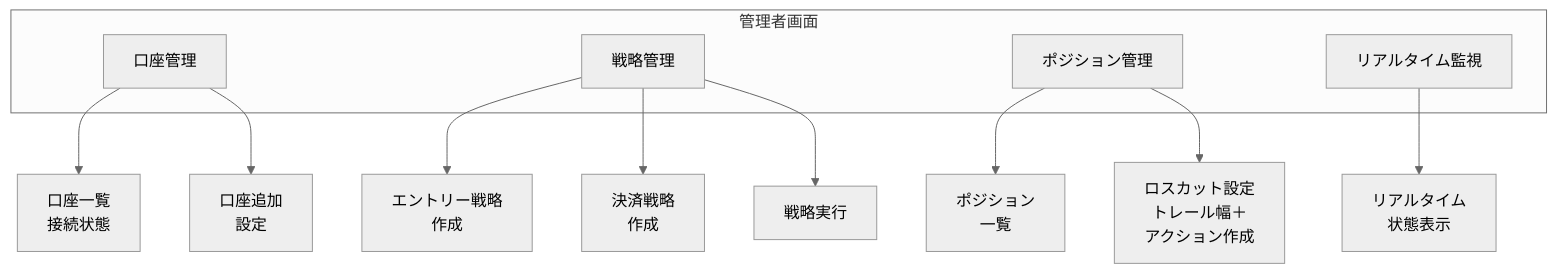
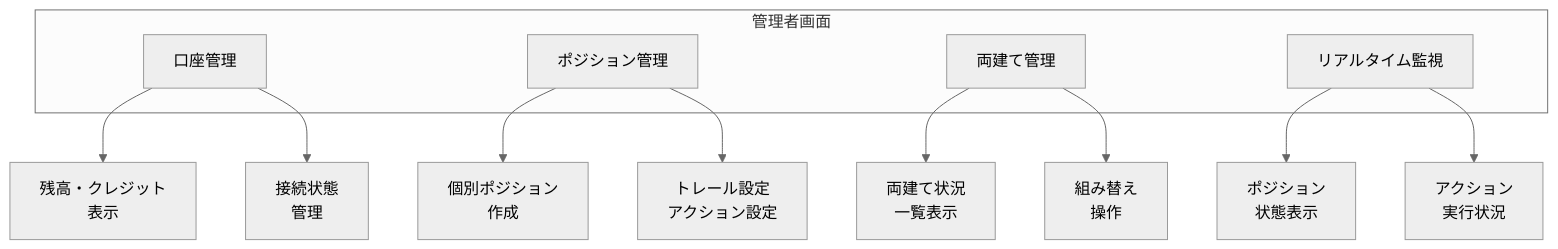
One commit to rnrnstar2/ArbitrageAssistant changed diagram 11 of 16 in MVPシステム設計.md. Above: the diagram before and after it, drawn with Mermaid (neutral theme). The commit also changed other lines of this file and 111 other files, not shown here.

````diff
--- a/MVPシステム設計.md
+++ b/MVPシステム設計.md
@@ -379,21 +552,21 @@
 ```mermaid
 graph TB
     subgraph "管理者画面"
         Account[口座管理]
-        Strategy[戦略管理]
         Position[ポジション管理]
+        Hedge[両建て管理]
         Monitor[リアルタイム監視]
     end
-    
-    Account --> List[口座一覧<br/>接続状態]
-    Account --> Add[口座追加<br/>設定]
-    
-    Strategy --> Entry[エントリー戦略<br/>作成]
-    Strategy --> Exit[決済戦略<br/>作成]
-    Strategy --> Exec[戦略実行]
-    
-    Position --> View[ポジション<br/>一覧]
-    Position --> Config[ロスカット設定<br/>トレール幅＋<br/>アクション作成]
-    
-    Monitor --> Live[リアルタイム<br/>状態表示]
+
+    Account --> Balance[残高・クレジット<br/>表示]
+    Account --> Status[接続状態<br/>管理]
+
+    Position --> Create[個別ポジション<br/>作成]
+    Position --> Trail[トレール設定<br/>アクション設定]
+
+    Hedge --> View[両建て状況<br/>一覧表示]
+    Hedge --> Adjust[組み替え<br/>操作]
+
+    Monitor --> Live[ポジション<br/>状態表示]
+    Monitor --> Action[アクション<br/>実行状況]
 ```
````
